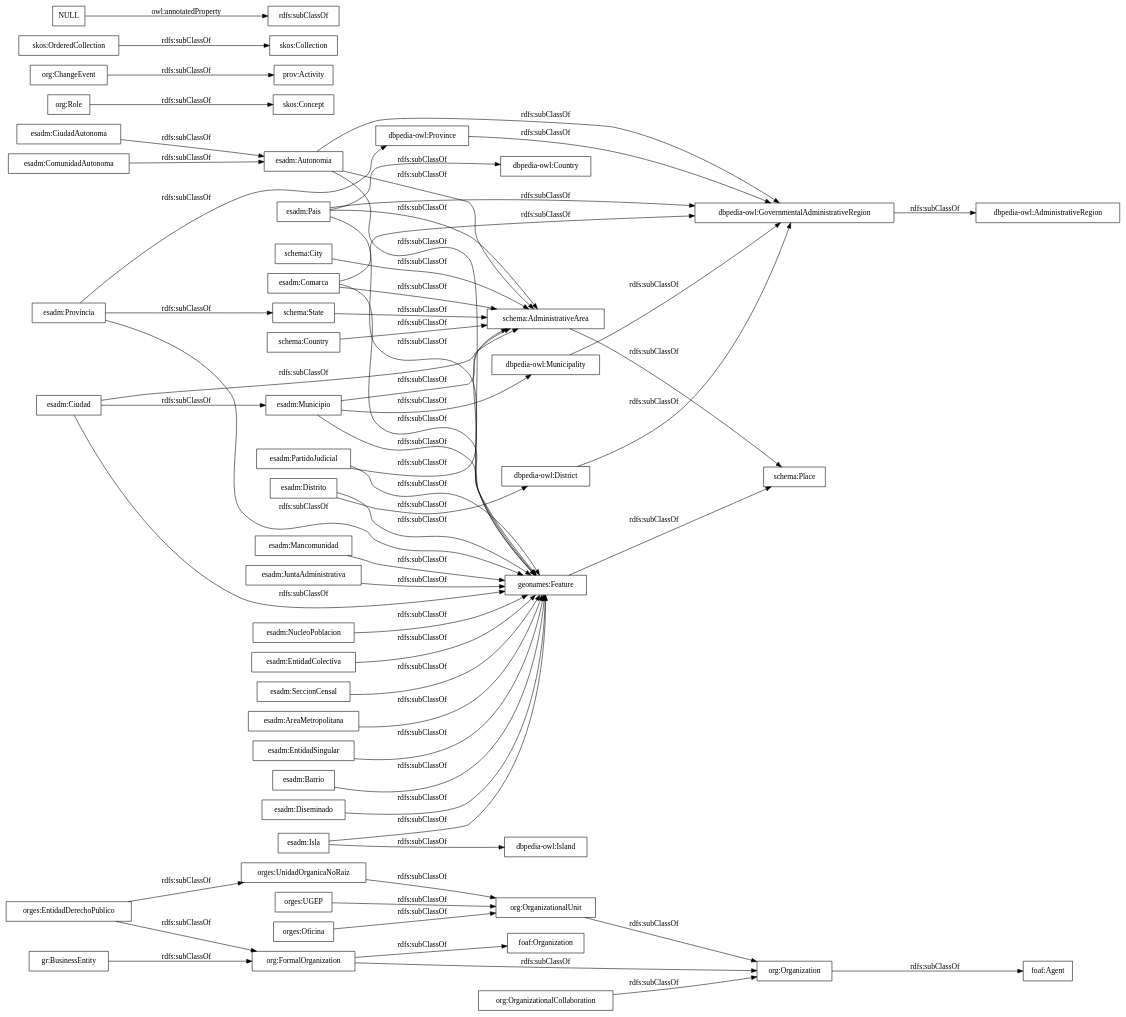
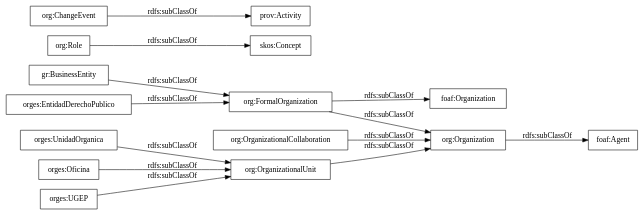
Before and after one commit to opencitydata/sector-publico-organismos: the diagram in OnToology/organizacion.owl/diagrams/ar2dtool-taxonomy/organizacion.owl.png.dot, drawn with Graphviz. The commit also changed 29 other files, not shown here.

```diff
--- a/OnToology/organizacion.owl/diagrams/ar2dtool-taxonomy/organizacion.owl.png.dot
+++ b/OnToology/organizacion.owl/diagrams/ar2dtool-taxonomy/organizacion.owl.png.dot
@@ -1,66 +1,18 @@
 digraph ar2dtool_diagram { 
 rankdir=LR;
 size="1000"
-node [shape = rectangle, color="black"]; "orges:Oficina" "orges:UnidadOrganicaNoRaiz" "orges:EntidadDerechoPublico" "orges:UGEP" "esadm:Mancomunidad" "esadm:Comarca" "esadm:Isla" "schema:State" "dbpedia-owl:AdministrativeRegion" "dbpedia-owl:Province" "schema:Country" "geonames:Feature" "esadm:EntidadSingular" "esadm:Municipio" "esadm:Pais" "schema:AdministrativeArea" "esadm:CiudadAutonoma" "esadm:Barrio" "dbpedia-owl:Country" "esadm:Diseminado" "esadm:JuntaAdministrativa" "schema:City" "esadm:NucleoPoblacion" "esadm:Provincia" "esadm:EntidadColectiva" "esadm:PartidoJudicial" "dbpedia-owl:GovernmentalAdministrativeRegion" "esadm:ComunidadAutonoma" "skos:Concept" "schema:Place" "esadm:Ciudad" "dbpedia-owl:District" "esadm:Autonomia" "dbpedia-owl:Island" "dbpedia-owl:Municipality" "esadm:Distrito" "esadm:SeccionCensal" "esadm:AreaMetropolitana" "org:FormalOrganization" "org:OrganizationalCollaboration" "org:Organization" "org:Role" "org:OrganizationalUnit" "org:ChangeEvent" "skos:OrderedCollection" "skos:Collection" ; /*classes style*/
-	"esadm:ComunidadAutonoma" -> "esadm:Autonomia" [ label = "rdfs:subClassOf" ];
+node [shape = rectangle, color="black"]; "orges:UnidadOrganica" "orges:EntidadDerechoPublico" "orges:Oficina" "orges:UGEP" "org:FormalOrganization" "org:OrganizationalCollaboration" "org:Organization" "org:Role" "org:OrganizationalUnit" "org:ChangeEvent" ; /*classes style*/
+	"gr:BusinessEntity" -> "org:FormalOrganization" [ label = "rdfs:subClassOf" ];
+	"org:Organization" -> "foaf:Agent" [ label = "rdfs:subClassOf" ];
+	"orges:UGEP" -> "org:OrganizationalUnit" [ label = "rdfs:subClassOf" ];
 	"org:Role" -> "skos:Concept" [ label = "rdfs:subClassOf" ];
-	"esadm:PartidoJudicial" -> "geonames:Feature" [ label = "rdfs:subClassOf" ];
-	"esadm:PartidoJudicial" -> "schema:AdministrativeArea" [ label = "rdfs:subClassOf" ];
-	"org:OrganizationalUnit" -> "org:Organization" [ label = "rdfs:subClassOf" ];
-	"schema:Country" -> "schema:AdministrativeArea" [ label = "rdfs:subClassOf" ];
-	"orges:EntidadDerechoPublico" -> "org:FormalOrganization" [ label = "rdfs:subClassOf" ];
-	"orges:EntidadDerechoPublico" -> "orges:UnidadOrganicaNoRaiz" [ label = "rdfs:subClassOf" ];
-	"geonames:Feature" -> "schema:Place" [ label = "rdfs:subClassOf" ];
-	"esadm:Distrito" -> "dbpedia-owl:District" [ label = "rdfs:subClassOf" ];
-	"esadm:Distrito" -> "geonames:Feature" [ label = "rdfs:subClassOf" ];
+	"org:ChangeEvent" -> "prov:Activity" [ label = "rdfs:subClassOf" ];
 	"orges:Oficina" -> "org:OrganizationalUnit" [ label = "rdfs:subClassOf" ];
-	"schema:AdministrativeArea" -> "schema:Place" [ label = "rdfs:subClassOf" ];
-	"dbpedia-owl:Municipality" -> "dbpedia-owl:GovernmentalAdministrativeRegion" [ label = "rdfs:subClassOf" ];
-	"dbpedia-owl:GovernmentalAdministrativeRegion" -> "dbpedia-owl:AdministrativeRegion" [ label = "rdfs:subClassOf" ];
-	"esadm:EntidadColectiva" -> "geonames:Feature" [ label = "rdfs:subClassOf" ];
-	"esadm:Municipio" -> "geonames:Feature" [ label = "rdfs:subClassOf" ];
-	"esadm:Municipio" -> "dbpedia-owl:Municipality" [ label = "rdfs:subClassOf" ];
-	"esadm:Municipio" -> "schema:AdministrativeArea" [ label = "rdfs:subClassOf" ];
-	"esadm:Diseminado" -> "geonames:Feature" [ label = "rdfs:subClassOf" ];
-	"org:Organization" -> "foaf:Agent" [ label = "rdfs:subClassOf" ];
-	"esadm:AreaMetropolitana" -> "geonames:Feature" [ label = "rdfs:subClassOf" ];
-	"esadm:CiudadAutonoma" -> "esadm:Autonomia" [ label = "rdfs:subClassOf" ];
-	"skos:OrderedCollection" -> "skos:Collection" [ label = "rdfs:subClassOf" ];
-	"esadm:Provincia" -> "dbpedia-owl:Province" [ label = "rdfs:subClassOf" ];
-	"esadm:Provincia" -> "geonames:Feature" [ label = "rdfs:subClassOf" ];
-	"esadm:Provincia" -> "schema:State" [ label = "rdfs:subClassOf" ];
-	"esadm:JuntaAdministrativa" -> "geonames:Feature" [ label = "rdfs:subClassOf" ];
-	"orges:UnidadOrganicaNoRaiz" -> "org:OrganizationalUnit" [ label = "rdfs:subClassOf" ];
-	"esadm:Autonomia" -> "schema:AdministrativeArea" [ label = "rdfs:subClassOf" ];
-	"esadm:Autonomia" -> "dbpedia-owl:GovernmentalAdministrativeRegion" [ label = "rdfs:subClassOf" ];
-	"esadm:Autonomia" -> "geonames:Feature" [ label = "rdfs:subClassOf" ];
-	"esadm:EntidadSingular" -> "geonames:Feature" [ label = "rdfs:subClassOf" ];
-	"dbpedia-owl:District" -> "dbpedia-owl:GovernmentalAdministrativeRegion" [ label = "rdfs:subClassOf" ];
-	"org:ChangeEvent" -> "prov:Activity" [ label = "rdfs:subClassOf" ];
-	"schema:City" -> "schema:AdministrativeArea" [ label = "rdfs:subClassOf" ];
-	"esadm:Isla" -> "geonames:Feature" [ label = "rdfs:subClassOf" ];
-	"esadm:Isla" -> "dbpedia-owl:Island" [ label = "rdfs:subClassOf" ];
-	"esadm:Ciudad" -> "geonames:Feature" [ label = "rdfs:subClassOf" ];
-	"esadm:Ciudad" -> "esadm:Municipio" [ label = "rdfs:subClassOf" ];
-	"esadm:Ciudad" -> "schema:AdministrativeArea" [ label = "rdfs:subClassOf" ];
-	"schema:State" -> "schema:AdministrativeArea" [ label = "rdfs:subClassOf" ];
-	"NULL" -> "rdfs:subClassOf" [ label = "owl:annotatedProperty" ];
-	"esadm:NucleoPoblacion" -> "geonames:Feature" [ label = "rdfs:subClassOf" ];
-	"org:OrganizationalCollaboration" -> "org:Organization" [ label = "rdfs:subClassOf" ];
-	"esadm:Barrio" -> "geonames:Feature" [ label = "rdfs:subClassOf" ];
-	"gr:BusinessEntity" -> "org:FormalOrganization" [ label = "rdfs:subClassOf" ];
-	"dbpedia-owl:Province" -> "dbpedia-owl:GovernmentalAdministrativeRegion" [ label = "rdfs:subClassOf" ];
-	"orges:UGEP" -> "org:OrganizationalUnit" [ label = "rdfs:subClassOf" ];
-	"esadm:Pais" -> "geonames:Feature" [ label = "rdfs:subClassOf" ];
-	"esadm:Pais" -> "dbpedia-owl:Country" [ label = "rdfs:subClassOf" ];
-	"esadm:Pais" -> "dbpedia-owl:GovernmentalAdministrativeRegion" [ label = "rdfs:subClassOf" ];
-	"esadm:Pais" -> "schema:AdministrativeArea" [ label = "rdfs:subClassOf" ];
-	"esadm:Mancomunidad" -> "geonames:Feature" [ label = "rdfs:subClassOf" ];
-	"esadm:SeccionCensal" -> "geonames:Feature" [ label = "rdfs:subClassOf" ];
-	"esadm:Comarca" -> "geonames:Feature" [ label = "rdfs:subClassOf" ];
-	"esadm:Comarca" -> "schema:AdministrativeArea" [ label = "rdfs:subClassOf" ];
-	"esadm:Comarca" -> "dbpedia-owl:GovernmentalAdministrativeRegion" [ label = "rdfs:subClassOf" ];
 	"org:FormalOrganization" -> "org:Organization" [ label = "rdfs:subClassOf" ];
 	"org:FormalOrganization" -> "foaf:Organization" [ label = "rdfs:subClassOf" ];
+	"orges:EntidadDerechoPublico" -> "org:FormalOrganization" [ label = "rdfs:subClassOf" ];
+	"org:OrganizationalCollaboration" -> "org:Organization" [ label = "rdfs:subClassOf" ];
+	"orges:UnidadOrganica" -> "org:OrganizationalUnit" [ label = "rdfs:subClassOf" ];
+	"org:OrganizationalUnit" -> "org:Organization" [ label = "rdfs:subClassOf" ];
 
 }
```
